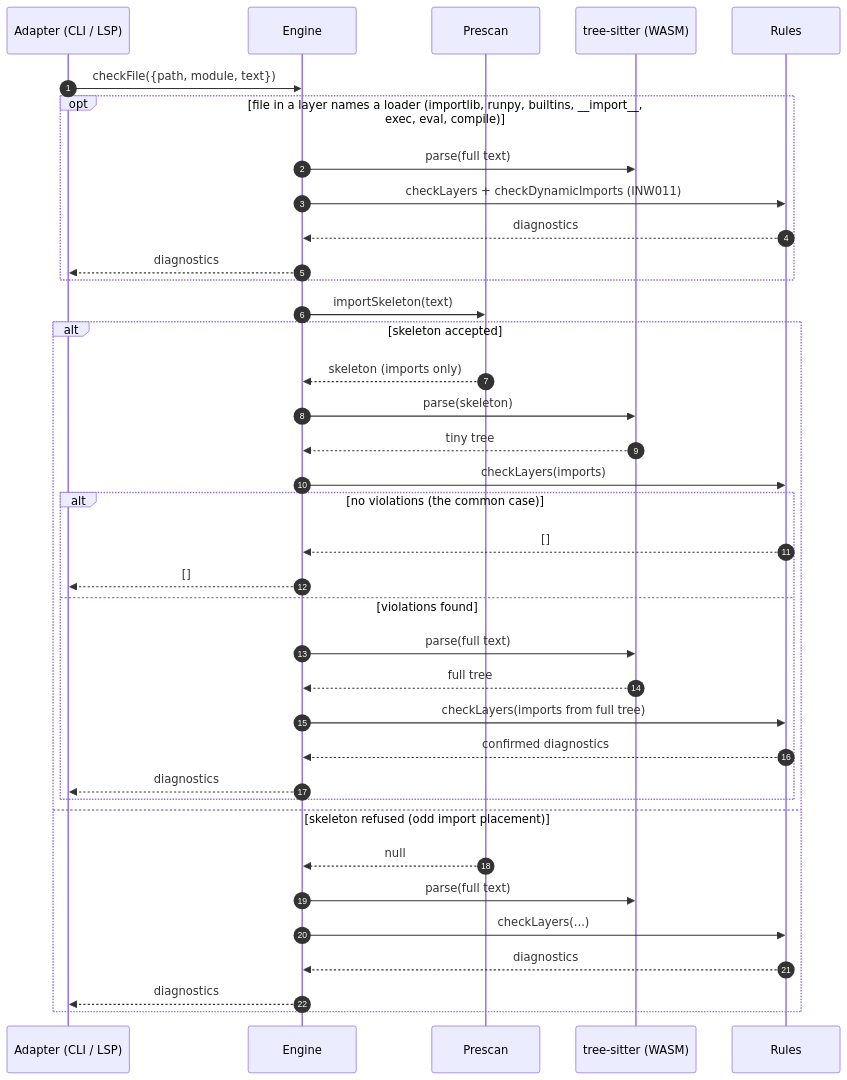
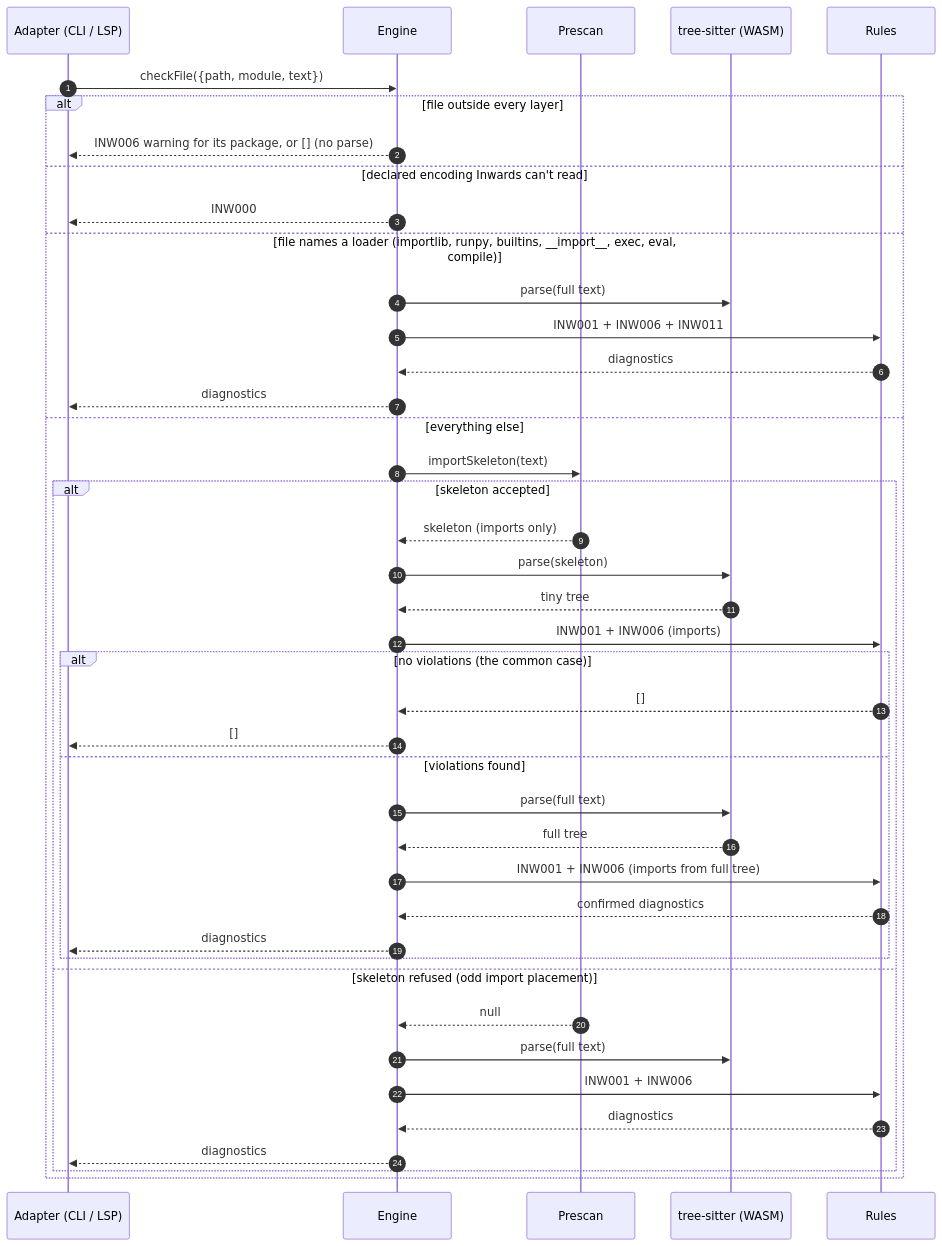
One commit to SirCypkowskyy/inwards changed the fourth of 6 diagrams in docs/chapters/03-Architecture-C4.md. Above: the diagram before and after it, drawn with Mermaid. The commit also changed other lines of this file and 9 other files, not shown here.

````diff
--- a/docs/chapters/03-Architecture-C4.md
+++ b/docs/chapters/03-Architecture-C4.md
@@ -161,40 +164,45 @@
 ```mermaid
 sequenceDiagram
     autonumber
     participant A as Adapter (CLI / LSP)
     participant E as Engine
     participant P as Prescan
     participant T as tree-sitter (WASM)
     participant R as Rules
 
     A->>E: checkFile({path, module, text})
-    opt file in a layer names a loader (importlib, runpy, builtins, __import__, exec, eval, compile)
+    alt file outside every layer
+        E-->>A: INW006 warning for its package, or [] (no parse)
+    else declared encoding Inwards can't read
+        E-->>A: INW000
+    else file names a loader (importlib, runpy, builtins, __import__, exec, eval, compile)
         E->>T: parse(full text)
-        E->>R: checkLayers + checkDynamicImports (INW011)
+        E->>R: INW001 + INW006 + INW011
         R-->>E: diagnostics
         E-->>A: diagnostics
-    end
-    E->>P: importSkeleton(text)
-    alt skeleton accepted
-        P-->>E: skeleton (imports only)
-        E->>T: parse(skeleton)
-        T-->>E: tiny tree
-        E->>R: checkLayers(imports)
-        alt no violations (the common case)
-            R-->>E: []
-            E-->>A: []
-        else violations found
+    else everything else
+        E->>P: importSkeleton(text)
+        alt skeleton accepted
+            P-->>E: skeleton (imports only)
+            E->>T: parse(skeleton)
+            T-->>E: tiny tree
+            E->>R: INW001 + INW006 (imports)
+            alt no violations (the common case)
+                R-->>E: []
+                E-->>A: []
+            else violations found
+                E->>T: parse(full text)
+                T-->>E: full tree
+                E->>R: INW001 + INW006 (imports from full tree)
+                R-->>E: confirmed diagnostics
+                E-->>A: diagnostics
+            end
+        else skeleton refused (odd import placement)
+            P-->>E: null
             E->>T: parse(full text)
-            T-->>E: full tree
-            E->>R: checkLayers(imports from full tree)
-            R-->>E: confirmed diagnostics
+            E->>R: INW001 + INW006
+            R-->>E: diagnostics
             E-->>A: diagnostics
         end
-    else skeleton refused (odd import placement)
-        P-->>E: null
-        E->>T: parse(full text)
-        E->>R: checkLayers(...)
-        R-->>E: diagnostics
-        E-->>A: diagnostics
     end
 ```
````
